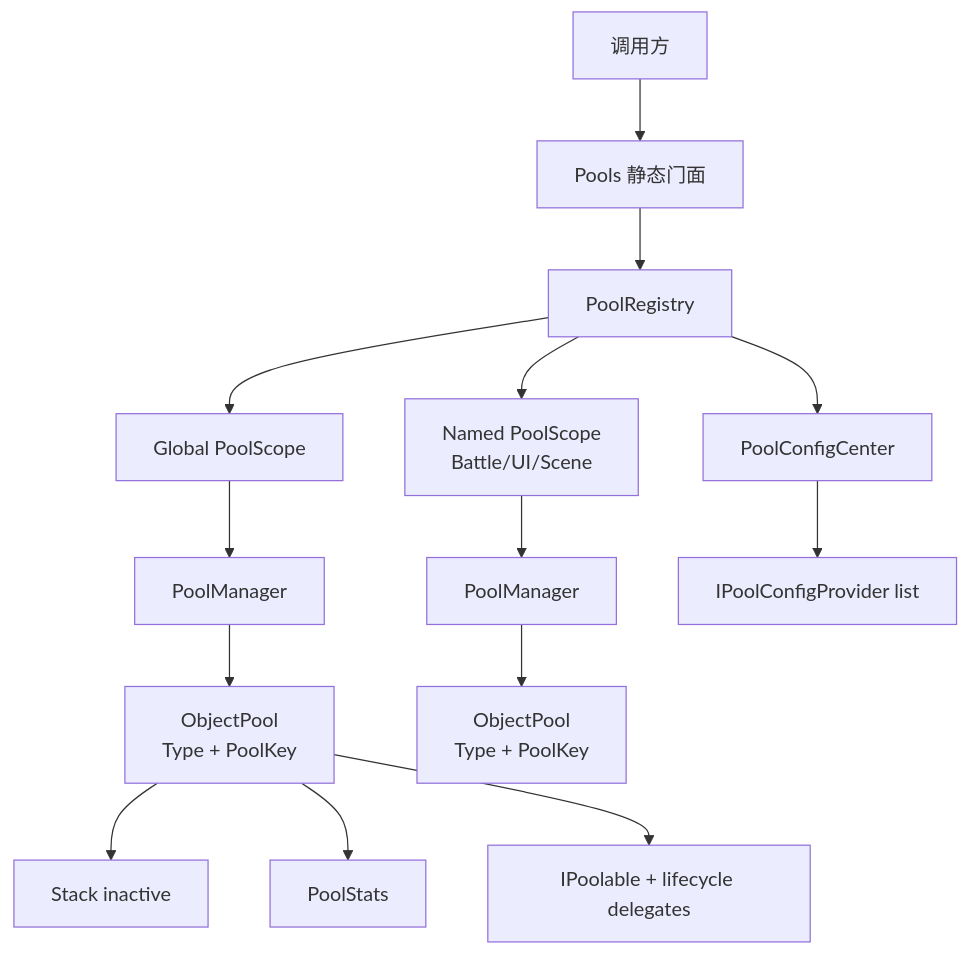
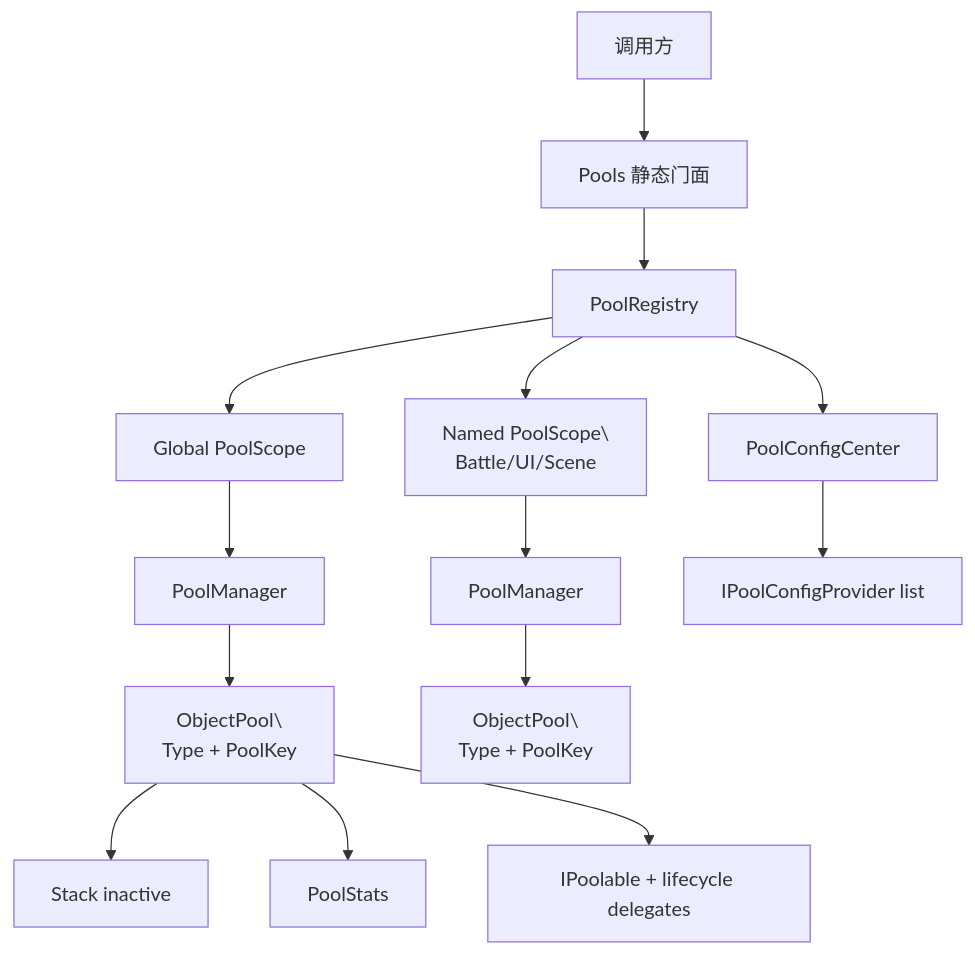
The first of 10 diagrams in Docs/design/05-CommonModules/02-ObjectPool.md (Kurumioi/AbilityKit), drawn with Mermaid before and after one commit. The commit also changed other lines of this file and 61 other files, not shown here.

````diff
--- a/Docs/design/05-CommonModules/02-ObjectPool.md
+++ b/Docs/design/05-CommonModules/02-ObjectPool.md
@@ -44,20 +44,20 @@
 ```mermaid
 flowchart TB
-    Caller[调用方] --> Pools[Pools 静态门面]
-    Pools --> Registry[PoolRegistry]
-    Registry --> Global[Global PoolScope]
-    Registry --> Named[Named PoolScope\nBattle/UI/Scene]
+    Caller["调用方"] --> Pools["Pools 静态门面"]
+    Pools --> Registry["PoolRegistry"]
+    Registry --> Global["Global PoolScope"]
+    Registry --> Named["Named PoolScope\\nBattle/UI/Scene"]
 
-    Global --> ManagerA[PoolManager]
-    Named --> ManagerB[PoolManager]
+    Global --> ManagerA["PoolManager"]
+    Named --> ManagerB["PoolManager"]
 
-    ManagerA --> PoolA[ObjectPool<T>\nType + PoolKey]
-    ManagerB --> PoolB[ObjectPool<T>\nType + PoolKey]
+    ManagerA --> PoolA["ObjectPool<T>\\nType + PoolKey"]
+    ManagerB --> PoolB["ObjectPool<T>\\nType + PoolKey"]
 
-    PoolA --> Stack[Stack<T> inactive]
-    PoolA --> Stats[PoolStats]
-    PoolA --> Hooks[IPoolable + lifecycle delegates]
+    PoolA --> Stack["Stack<T> inactive"]
+    PoolA --> Stats["PoolStats"]
+    PoolA --> Hooks["IPoolable + lifecycle delegates"]
 
-    Registry --> Config[PoolConfigCenter]
-    Config --> Providers[IPoolConfigProvider list]
+    Registry --> Config["PoolConfigCenter"]
+    Config --> Providers["IPoolConfigProvider list"]
 ```
````
